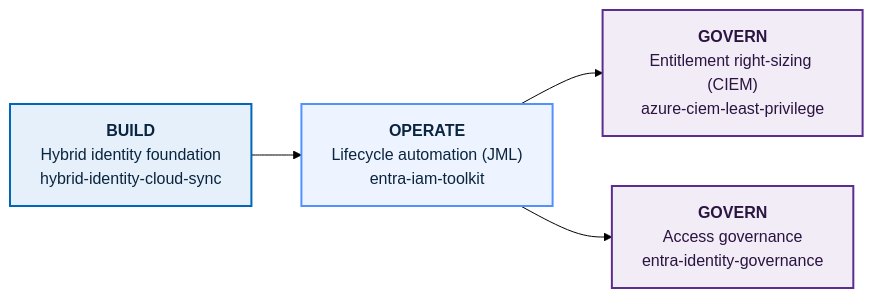
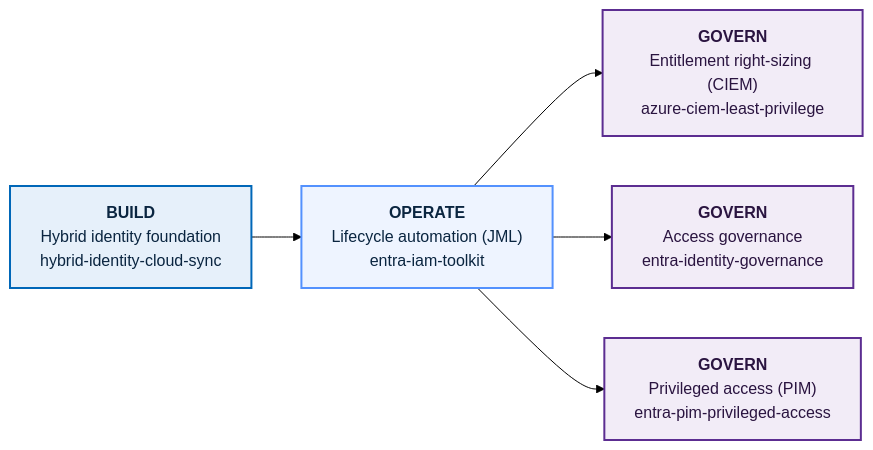
One commit to jeff6942016/entra-identity-platform changed the diagram in README.md. Above: the diagram before and after it, drawn with Mermaid (forest theme). The commit also changed other lines of this file, not shown here.

````diff
--- a/README.md
+++ b/README.md
@@ -22,15 +22,18 @@
 ```mermaid
 flowchart LR
     BUILD["<b>BUILD</b><br/>Hybrid identity foundation<br/>hybrid-identity-cloud-sync"]
     OPERATE["<b>OPERATE</b><br/>Lifecycle automation (JML)<br/>entra-iam-toolkit"]
     CIEM["<b>GOVERN</b><br/>Entitlement right-sizing (CIEM)<br/>azure-ciem-least-privilege"]
     IG["<b>GOVERN</b><br/>Access governance<br/>entra-identity-governance"]
+    PIM["<b>GOVERN</b><br/>Privileged access (PIM)<br/>entra-pim-privileged-access"]
 
     BUILD --> OPERATE --> CIEM
     OPERATE --> IG
+    OPERATE --> PIM
 
     style BUILD fill:#e6f0fa,stroke:#0067b8,stroke-width:2px,color:#0a2540
     style OPERATE fill:#eef4ff,stroke:#5391FE,stroke-width:2px,color:#0a2540
     style CIEM fill:#f2ecf7,stroke:#5C2D91,stroke-width:2px,color:#2a1440
     style IG fill:#f2ecf7,stroke:#5C2D91,stroke-width:2px,color:#2a1440
+    style PIM fill:#f2ecf7,stroke:#5C2D91,stroke-width:2px,color:#2a1440
 ```
````
